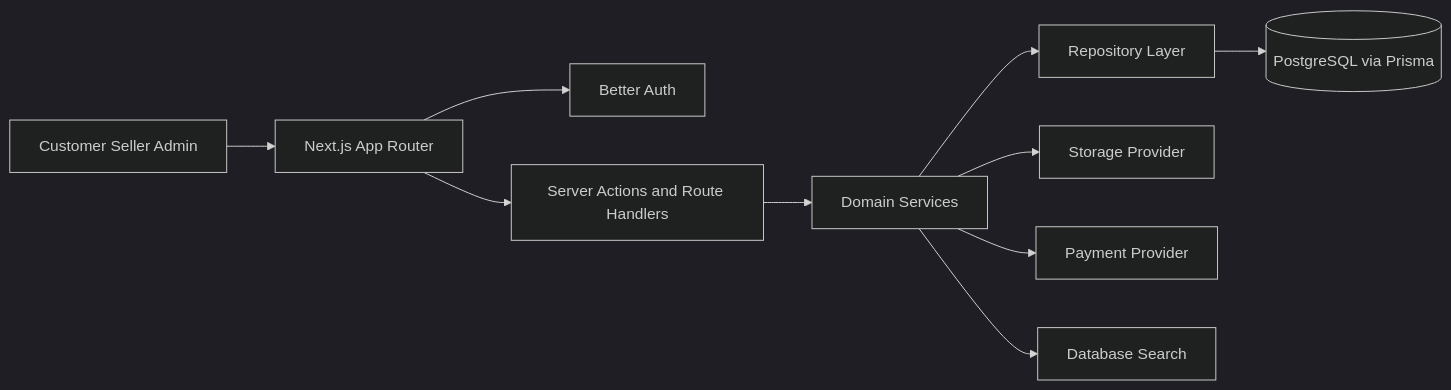
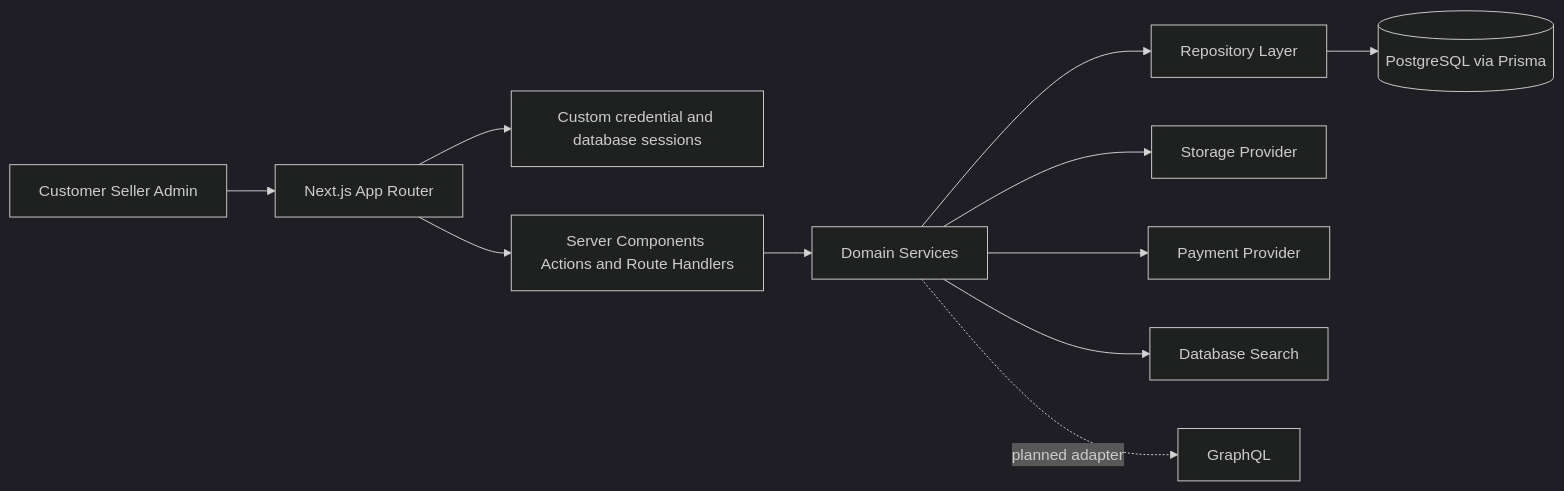
One commit to rajveneeth/printora changed the first of 4 diagrams in docs/ARCHITECTURE.md. Above: the diagram before and after it, drawn with Mermaid (dark theme). The commit also changed other lines of this file and 8 other files, not shown here.

````diff
--- a/docs/ARCHITECTURE.md
+++ b/docs/ARCHITECTURE.md
@@ -22,12 +24,13 @@
 ```mermaid
 flowchart LR
     User[Customer Seller Admin] --> Web[Next.js App Router]
-    Web --> Auth[Better Auth]
-    Web --> Actions[Server Actions and Route Handlers]
+    Web --> Auth[Custom credential and database sessions]
+    Web --> Actions[Server Components Actions and Route Handlers]
     Actions --> Services[Domain Services]
     Services --> Repositories[Repository Layer]
     Repositories --> Database[(PostgreSQL via Prisma)]
     Services --> Storage[Storage Provider]
     Services --> Payment[Payment Provider]
     Services --> Search[Database Search]
+    Services -. planned adapter .-> GraphQL[GraphQL]
 ```
````
